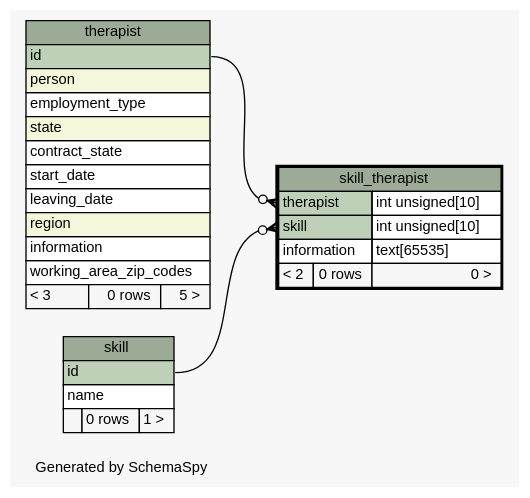
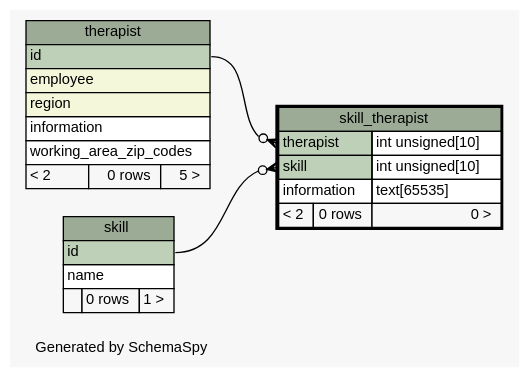
Before and after one commit to KaiBMP/KaiBMP.github.io: the diagram in diagrams/skill_therapist.1degree.dot, drawn with Graphviz. The commit also changed 141 other files, not shown here.

Commit message:
schemaspy update

```diff
--- a/diagrams/skill_therapist.1degree.dot
+++ b/diagrams/skill_therapist.1degree.dot
@@ -1,66 +1,61 @@
-// dot 2.40.1 on Linux 5.3.0-26-generic
+// dot 2.40.1 on Linux 5.3.0-28-generic
 // SchemaSpy rev 590
 digraph "oneDegreeRelationshipsDiagram" {
   graph [
     rankdir="RL"
     bgcolor="#f7f7f7"
     label="\nGenerated by SchemaSpy"
     labeljust="l"
     nodesep="0.18"
     ranksep="0.46"
     fontname="Helvetica"
     fontsize="11"
   ];
   node [
     fontname="Helvetica"
     fontsize="11"
     shape="plaintext"
   ];
   edge [
     arrowsize="0.8"
   ];
   "skill_therapist":"skill":w -> "skill":"id":e [arrowhead=none dir=back arrowtail=crowodot];
   "skill_therapist":"therapist":w -> "therapist":"id":e [arrowhead=none dir=back arrowtail=crowodot];
   "skill" [
     label=<
     <TABLE BORDER="0" CELLBORDER="1" CELLSPACING="0" BGCOLOR="#ffffff">
       <TR><TD COLSPAN="3" BGCOLOR="#9bab96" ALIGN="CENTER">skill</TD></TR>
       <TR><TD PORT="id" COLSPAN="3" BGCOLOR="#bed1b8" ALIGN="LEFT">id</TD></TR>
       <TR><TD PORT="name" COLSPAN="3" ALIGN="LEFT">name</TD></TR>
       <TR><TD ALIGN="LEFT" BGCOLOR="#f7f7f7">  </TD><TD ALIGN="RIGHT" BGCOLOR="#f7f7f7">0 rows</TD><TD ALIGN="RIGHT" BGCOLOR="#f7f7f7">1 &gt;</TD></TR>
     </TABLE>>
     URL="skill.html"
     tooltip="skill"
   ];
   "skill_therapist" [
     label=<
     <TABLE BORDER="2" CELLBORDER="1" CELLSPACING="0" BGCOLOR="#ffffff">
       <TR><TD COLSPAN="3" BGCOLOR="#9bab96" ALIGN="CENTER">skill_therapist</TD></TR>
       <TR><TD PORT="therapist" COLSPAN="2" BGCOLOR="#bed1b8" ALIGN="LEFT">therapist</TD><TD PORT="therapist.type" ALIGN="LEFT">int unsigned[10]</TD></TR>
       <TR><TD PORT="skill" COLSPAN="2" BGCOLOR="#bed1b8" ALIGN="LEFT">skill</TD><TD PORT="skill.type" ALIGN="LEFT">int unsigned[10]</TD></TR>
       <TR><TD PORT="information" COLSPAN="2" ALIGN="LEFT">information</TD><TD PORT="information.type" ALIGN="LEFT">text[65535]</TD></TR>
       <TR><TD ALIGN="LEFT" BGCOLOR="#f7f7f7">&lt; 2</TD><TD ALIGN="RIGHT" BGCOLOR="#f7f7f7">0 rows</TD><TD ALIGN="RIGHT" BGCOLOR="#f7f7f7">0 &gt;</TD></TR>
     </TABLE>>
     URL="skill_therapist.html"
     tooltip="skill_therapist"
   ];
   "therapist" [
     label=<
     <TABLE BORDER="0" CELLBORDER="1" CELLSPACING="0" BGCOLOR="#ffffff">
       <TR><TD COLSPAN="3" BGCOLOR="#9bab96" ALIGN="CENTER">therapist</TD></TR>
       <TR><TD PORT="id" COLSPAN="3" BGCOLOR="#bed1b8" ALIGN="LEFT">id</TD></TR>
-      <TR><TD PORT="person" COLSPAN="3" BGCOLOR="#f4f7da" ALIGN="LEFT">person</TD></TR>
-      <TR><TD PORT="employment_type" COLSPAN="3" ALIGN="LEFT">employment_type</TD></TR>
-      <TR><TD PORT="state" COLSPAN="3" BGCOLOR="#f4f7da" ALIGN="LEFT">state</TD></TR>
-      <TR><TD PORT="contract_state" COLSPAN="3" ALIGN="LEFT">contract_state</TD></TR>
-      <TR><TD PORT="start_date" COLSPAN="3" ALIGN="LEFT">start_date</TD></TR>
-      <TR><TD PORT="leaving_date" COLSPAN="3" ALIGN="LEFT">leaving_date</TD></TR>
+      <TR><TD PORT="employee" COLSPAN="3" BGCOLOR="#f4f7da" ALIGN="LEFT">employee</TD></TR>
       <TR><TD PORT="region" COLSPAN="3" BGCOLOR="#f4f7da" ALIGN="LEFT">region</TD></TR>
       <TR><TD PORT="information" COLSPAN="3" ALIGN="LEFT">information</TD></TR>
       <TR><TD PORT="working_area_zip_codes" COLSPAN="3" ALIGN="LEFT">working_area_zip_codes</TD></TR>
-      <TR><TD ALIGN="LEFT" BGCOLOR="#f7f7f7">&lt; 3</TD><TD ALIGN="RIGHT" BGCOLOR="#f7f7f7">0 rows</TD><TD ALIGN="RIGHT" BGCOLOR="#f7f7f7">5 &gt;</TD></TR>
+      <TR><TD ALIGN="LEFT" BGCOLOR="#f7f7f7">&lt; 2</TD><TD ALIGN="RIGHT" BGCOLOR="#f7f7f7">0 rows</TD><TD ALIGN="RIGHT" BGCOLOR="#f7f7f7">5 &gt;</TD></TR>
     </TABLE>>
     URL="therapist.html"
     tooltip="therapist"
   ];
 }
```
